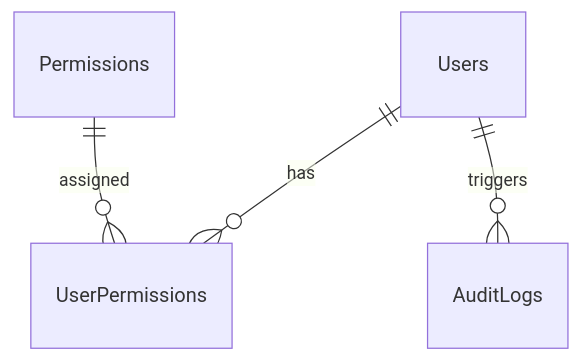
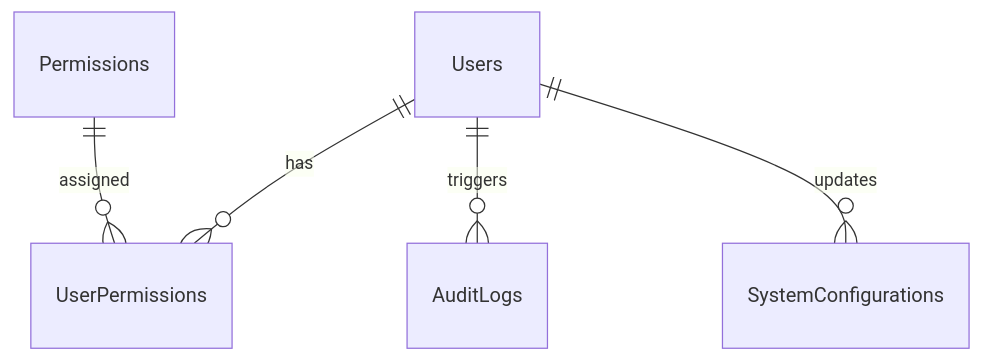
The diagram in MMO_Market/MMO_Market (3)/MMO_Market/.sdd/specs/backend/feat-admin/SPEC.md (Vietanh1712/mmo-system), drawn with Mermaid before and after one commit. The commit also changed other lines of this file and 28 other files, not shown here.

````diff
--- a/MMO_Market/MMO_Market (3)/MMO_Market/.sdd/specs/backend/feat-admin/SPEC.md
+++ b/MMO_Market/MMO_Market (3)/MMO_Market/.sdd/specs/backend/feat-admin/SPEC.md
@@ -100,6 +114,7 @@
 ```mermaid
 erDiagram
     Users ||--o{ UserPermissions : has
     Permissions ||--o{ UserPermissions : assigned
     Users ||--o{ AuditLogs : triggers
+    Users ||--o{ SystemConfigurations : updates
 ```
````
